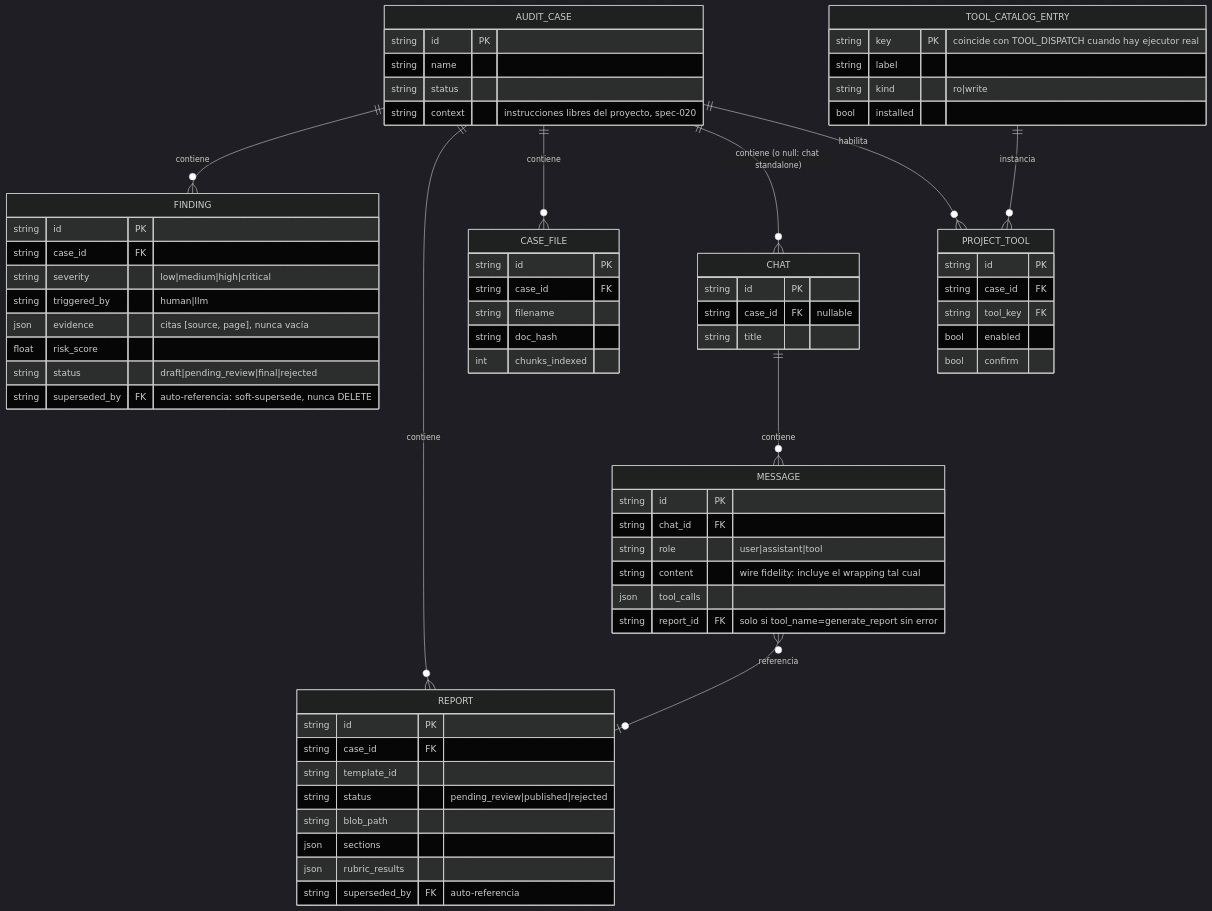
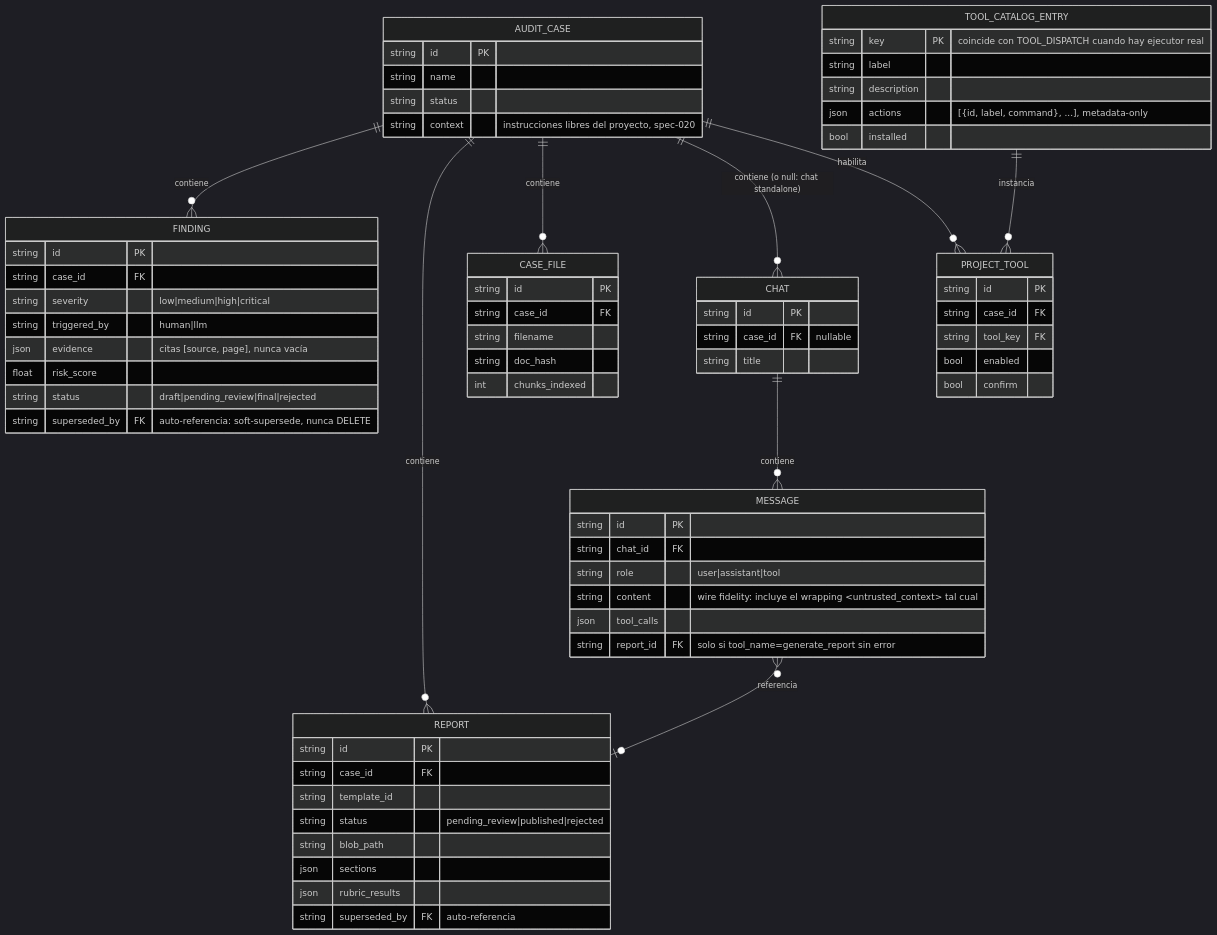
One commit to chinoavila/agentic-rag-audit-workflow changed the fourth of 4 diagrams in docs/ARCHITECTURE.md. Above: the diagram before and after it, drawn with Mermaid (dark theme). The commit also changed other lines of this file, not shown here.

First line of the commit message:
fix(ARCHITECTURE): corregir formato de texto y actualizar descripciones

````diff
--- a/docs/ARCHITECTURE.md
+++ b/docs/ARCHITECTURE.md
@@ -152,71 +152,72 @@
 ```mermaid
 erDiagram
     AUDIT_CASE ||--o{ FINDING : contiene
     AUDIT_CASE ||--o{ REPORT : contiene
     AUDIT_CASE ||--o{ CASE_FILE : contiene
     AUDIT_CASE ||--o{ CHAT : "contiene (o null: chat standalone)"
     AUDIT_CASE ||--o{ PROJECT_TOOL : habilita
     CHAT ||--o{ MESSAGE : contiene
     MESSAGE }o--o| REPORT : referencia
     TOOL_CATALOG_ENTRY ||--o{ PROJECT_TOOL : instancia
 
     AUDIT_CASE {
         string id PK
         string name
         string status
         string context "instrucciones libres del proyecto, spec-020"
     }
     FINDING {
         string id PK
         string case_id FK
         string severity "low|medium|high|critical"
         string triggered_by "human|llm"
         json evidence "citas [source, page], nunca vacía"
         float risk_score
         string status "draft|pending_review|final|rejected"
         string superseded_by FK "auto-referencia: soft-supersede, nunca DELETE"
     }
     REPORT {
         string id PK
         string case_id FK
         string template_id
         string status "pending_review|published|rejected"
         string blob_path
         json sections
         json rubric_results
         string superseded_by FK "auto-referencia"
     }
     CHAT {
         string id PK
         string case_id FK "nullable"
         string title
     }
     MESSAGE {
         string id PK
         string chat_id FK
         string role "user|assistant|tool"
-        string content "wire fidelity: incluye el wrapping <untrusted_context> tal cual"
+        string content "wire fidelity: incluye el wrapping &lt;untrusted_context&gt; tal cual"
         json tool_calls
         string report_id FK "solo si tool_name=generate_report sin error"
     }
     CASE_FILE {
         string id PK
         string case_id FK
         string filename
         string doc_hash
         int chunks_indexed
     }
     PROJECT_TOOL {
         string id PK
         string case_id FK
         string tool_key FK
         bool enabled
         bool confirm
     }
     TOOL_CATALOG_ENTRY {
         string key PK "coincide con TOOL_DISPATCH cuando hay ejecutor real"
         string label
-        string kind "ro|write"
+        string description
+        json actions "[{id, label, command}, ...], metadata-only"
         bool installed
     }
 ```
````
